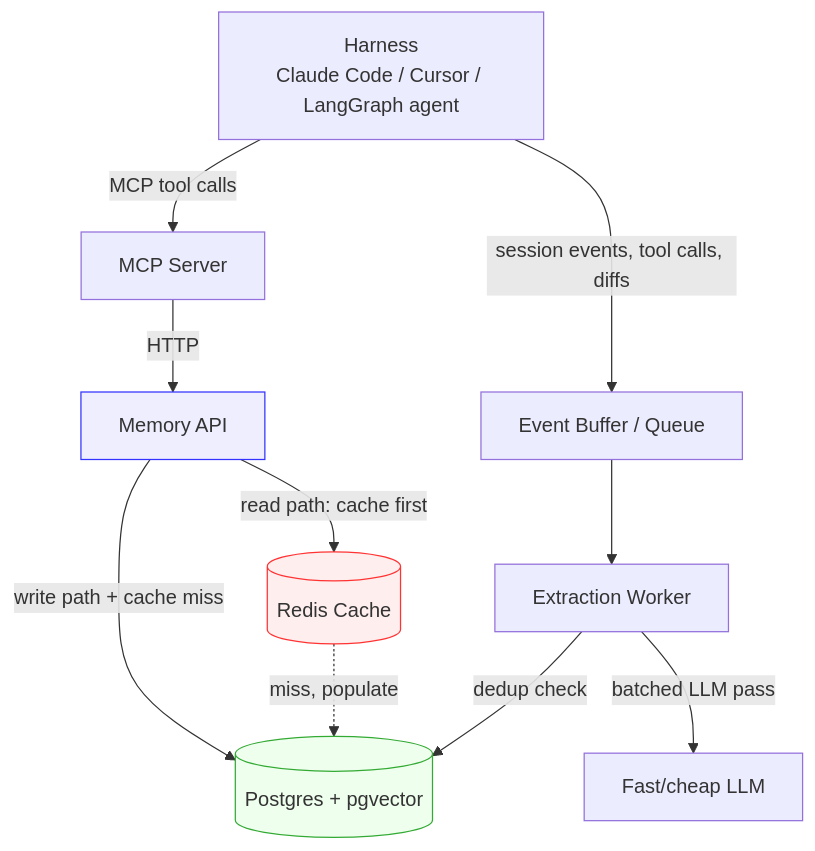
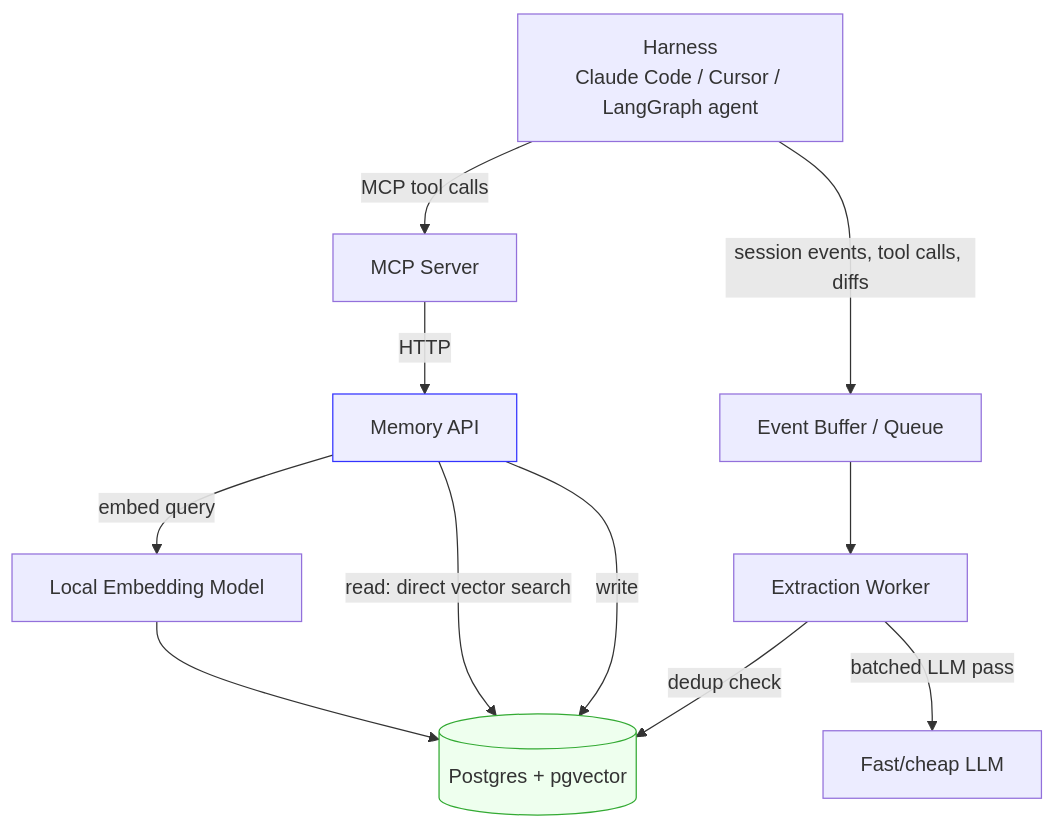
Before and after one commit to JayTheCoder77/memoria: the diagram in spec/03-architecture.md, drawn with Mermaid. The commit also changed other lines of this file and 9 other files, not shown here.

````diff
--- a/spec/03-architecture.md
+++ b/spec/03-architecture.md
@@ -21,18 +39,18 @@
 ```mermaid
 graph TD
     H[Harness<br/>Claude Code / Cursor / LangGraph agent] -->|MCP tool calls| M[MCP Server]
     M -->|HTTP| A[Memory API]
 
-    A -->|read path: cache first| R[(Redis Cache)]
-    A -->|write path + cache miss| P[(Postgres + pgvector)]
-    R -.->|miss, populate| P
+    A -->|embed query| E[Local Embedding Model]
+    E --> P
+    A -->|read: direct vector search| P[(Postgres + pgvector)]
+    A -->|write| P
 
     H -->|session events, tool calls, diffs| Q[Event Buffer / Queue]
     Q --> W[Extraction Worker]
     W -->|dedup check| P
     W -->|batched LLM pass| L[Fast/cheap LLM]
 
     style A fill:#eef,stroke:#33f
-    style R fill:#fee,stroke:#f33
     style P fill:#efe,stroke:#3a3
 ```
````
